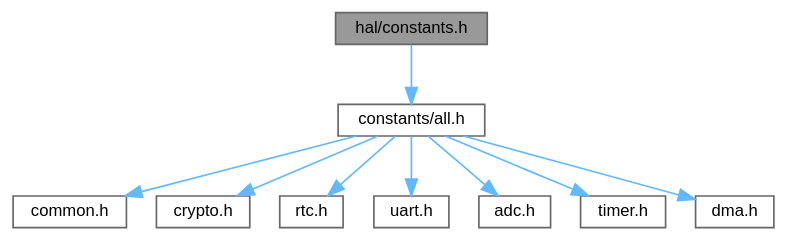
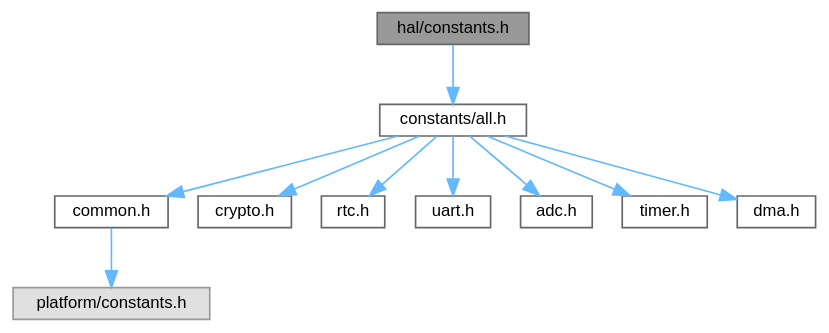
The diagram in constants_8h__incl.dot (ebs-universe/piolib-hal-uc), drawn with Graphviz before and after one commit. The commit also changed 108 other files, not shown here.

```diff
--- a/constants_8h__incl.dot
+++ b/constants_8h__incl.dot
@@ -1,25 +1,27 @@
 digraph "hal/constants.h"
 {
  // INTERACTIVE_SVG=YES
  // LATEX_PDF_SIZE
   bgcolor="transparent";
   edge [fontname=Helvetica,fontsize=10,labelfontname=Helvetica,labelfontsize=10];
   node [fontname=Helvetica,fontsize=10,shape=box,height=0.2,width=0.4];
   Node1 [id="Node000001",label="hal/constants.h",height=0.2,width=0.4,color="gray40", fillcolor="grey60", style="filled", fontcolor="black",tooltip=" "];
   Node1 -> Node2 [id="edge1_Node000001_Node000002",color="steelblue1",style="solid",tooltip=" "];
   Node2 [id="Node000002",label="constants/all.h",height=0.2,width=0.4,color="grey40", fillcolor="white", style="filled",URL="$constants_2all_8h.html",tooltip=" "];
   Node2 -> Node3 [id="edge2_Node000002_Node000003",color="steelblue1",style="solid",tooltip=" "];
   Node3 [id="Node000003",label="common.h",height=0.2,width=0.4,color="grey40", fillcolor="white", style="filled",URL="$common_8h.html",tooltip=" "];
-  Node2 -> Node4 [id="edge3_Node000002_Node000004",color="steelblue1",style="solid",tooltip=" "];
-  Node4 [id="Node000004",label="crypto.h",height=0.2,width=0.4,color="grey40", fillcolor="white", style="filled",URL="$constants_2crypto_8h.html",tooltip=" "];
+  Node3 -> Node4 [id="edge3_Node000003_Node000004",color="steelblue1",style="solid",tooltip=" "];
+  Node4 [id="Node000004",label="platform/constants.h",height=0.2,width=0.4,color="grey60", fillcolor="#E0E0E0", style="filled",tooltip=" "];
   Node2 -> Node5 [id="edge4_Node000002_Node000005",color="steelblue1",style="solid",tooltip=" "];
-  Node5 [id="Node000005",label="rtc.h",height=0.2,width=0.4,color="grey40", fillcolor="white", style="filled",URL="$constants_2rtc_8h.html",tooltip=" "];
+  Node5 [id="Node000005",label="crypto.h",height=0.2,width=0.4,color="grey40", fillcolor="white", style="filled",URL="$constants_2crypto_8h.html",tooltip=" "];
   Node2 -> Node6 [id="edge5_Node000002_Node000006",color="steelblue1",style="solid",tooltip=" "];
-  Node6 [id="Node000006",label="uart.h",height=0.2,width=0.4,color="grey40", fillcolor="white", style="filled",URL="$constants_2uart_8h.html",tooltip=" "];
+  Node6 [id="Node000006",label="rtc.h",height=0.2,width=0.4,color="grey40", fillcolor="white", style="filled",URL="$constants_2rtc_8h.html",tooltip=" "];
   Node2 -> Node7 [id="edge6_Node000002_Node000007",color="steelblue1",style="solid",tooltip=" "];
-  Node7 [id="Node000007",label="adc.h",height=0.2,width=0.4,color="grey40", fillcolor="white", style="filled",URL="$constants_2adc_8h.html",tooltip=" "];
+  Node7 [id="Node000007",label="uart.h",height=0.2,width=0.4,color="grey40", fillcolor="white", style="filled",URL="$constants_2uart_8h.html",tooltip=" "];
   Node2 -> Node8 [id="edge7_Node000002_Node000008",color="steelblue1",style="solid",tooltip=" "];
-  Node8 [id="Node000008",label="timer.h",height=0.2,width=0.4,color="grey40", fillcolor="white", style="filled",URL="$constants_2timer_8h.html",tooltip=" "];
+  Node8 [id="Node000008",label="adc.h",height=0.2,width=0.4,color="grey40", fillcolor="white", style="filled",URL="$constants_2adc_8h.html",tooltip=" "];
   Node2 -> Node9 [id="edge8_Node000002_Node000009",color="steelblue1",style="solid",tooltip=" "];
-  Node9 [id="Node000009",label="dma.h",height=0.2,width=0.4,color="grey40", fillcolor="white", style="filled",URL="$constants_2dma_8h.html",tooltip=" "];
+  Node9 [id="Node000009",label="timer.h",height=0.2,width=0.4,color="grey40", fillcolor="white", style="filled",URL="$constants_2timer_8h.html",tooltip=" "];
+  Node2 -> Node10 [id="edge9_Node000002_Node000010",color="steelblue1",style="solid",tooltip=" "];
+  Node10 [id="Node000010",label="dma.h",height=0.2,width=0.4,color="grey40", fillcolor="white", style="filled",URL="$constants_2dma_8h.html",tooltip=" "];
 }
```
